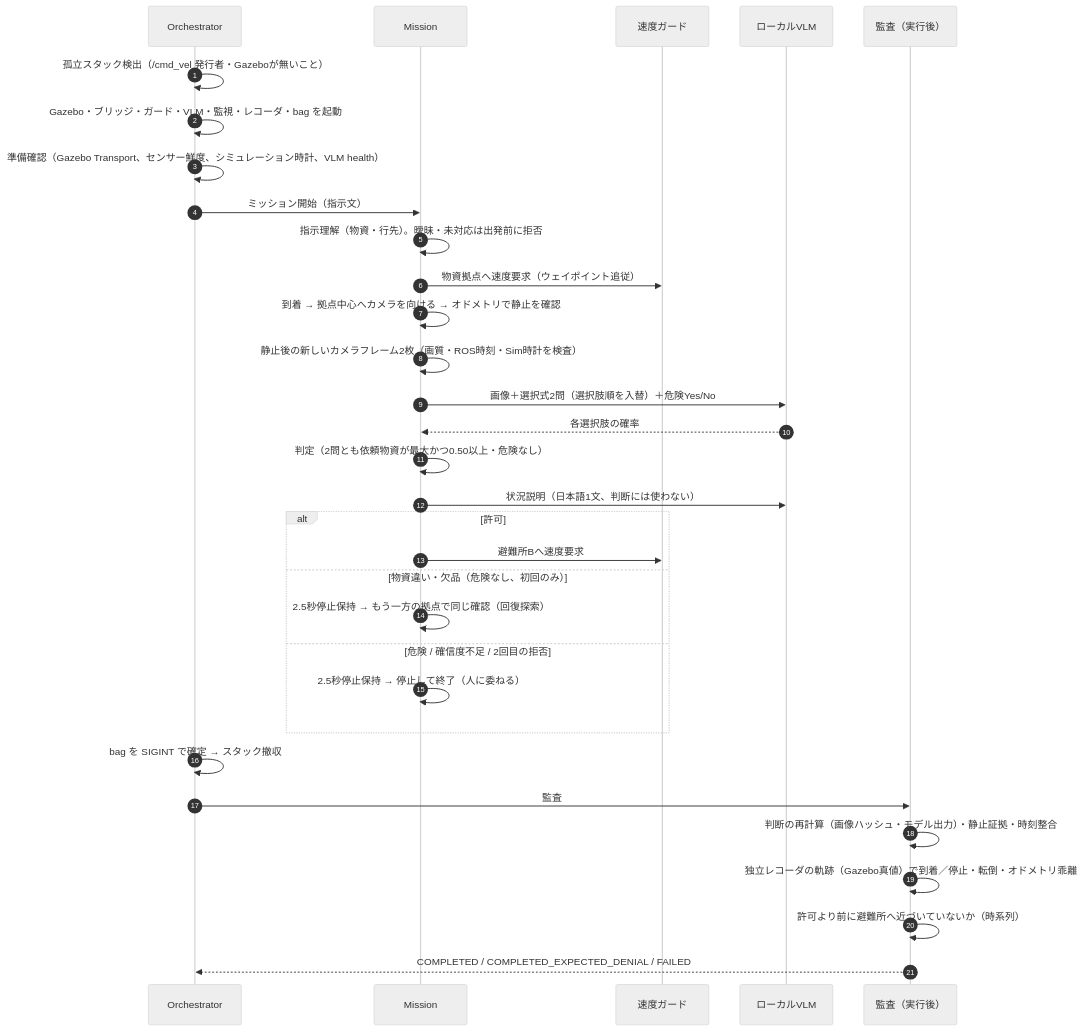
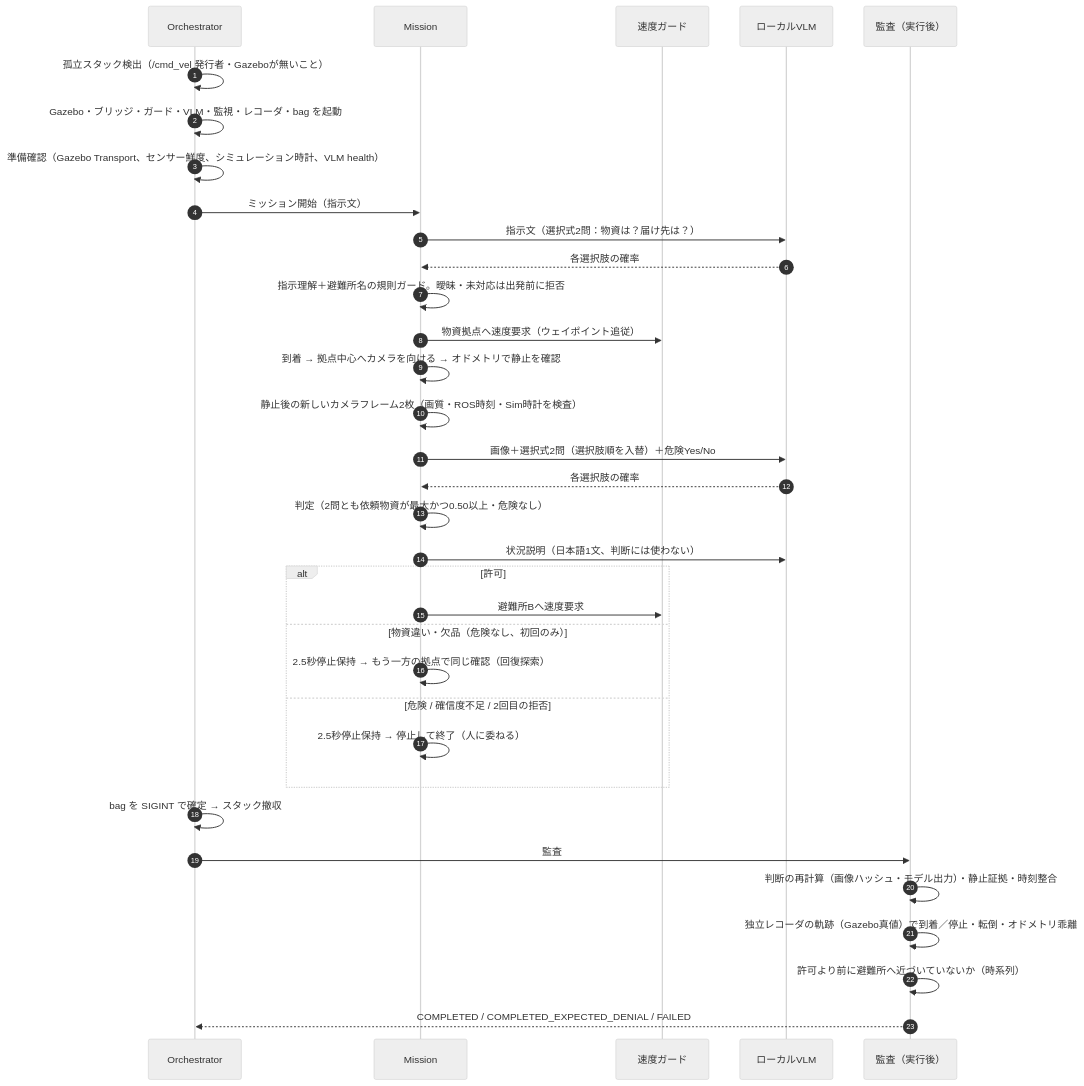
Before and after one commit to fe2131-art/rescue-mind: the second of 4 diagrams in docs/ARCHITECTURE.md, drawn with Mermaid (neutral theme). The commit also changed other lines of this file and 1 other file, not shown here.

Commit message:
docs: submission checklist; architecture diagram mentions Qwen3.5-9B and LLM intent step

````diff
--- a/docs/ARCHITECTURE.md
+++ b/docs/ARCHITECTURE.md
@@ -41,34 +41,36 @@
 ```mermaid
 sequenceDiagram
   autonumber
   participant O as Orchestrator
   participant M as Mission
   participant G as 速度ガード
   participant V as ローカルVLM
   participant A as 監査（実行後）
   O->>O: 孤立スタック検出（/cmd_vel 発行者・Gazeboが無いこと）
   O->>O: Gazebo・ブリッジ・ガード・VLM・監視・レコーダ・bag を起動
   O->>O: 準備確認（Gazebo Transport、センサー鮮度、シミュレーション時計、VLM health）
   O->>M: ミッション開始（指示文）
-  M->>M: 指示理解（物資・行先）。曖昧・未対応は出発前に拒否
+  M->>V: 指示文（選択式2問：物資は？届け先は？）
+  V-->>M: 各選択肢の確率
+  M->>M: 指示理解＋避難所名の規則ガード。曖昧・未対応は出発前に拒否
   M->>G: 物資拠点へ速度要求（ウェイポイント追従）
   M->>M: 到着 → 拠点中心へカメラを向ける → オドメトリで静止を確認
   M->>M: 静止後の新しいカメラフレーム2枚（画質・ROS時刻・Sim時計を検査）
   M->>V: 画像＋選択式2問（選択肢順を入替）＋危険Yes/No
   V-->>M: 各選択肢の確率
   M->>M: 判定（2問とも依頼物資が最大かつ0.50以上・危険なし）
   M->>V: 状況説明（日本語1文、判断には使わない）
   alt 許可
     M->>G: 避難所Bへ速度要求
   else 物資違い・欠品（危険なし、初回のみ）
     M->>M: 2.5秒停止保持 → もう一方の拠点で同じ確認（回復探索）
   else 危険 / 確信度不足 / 2回目の拒否
     M->>M: 2.5秒停止保持 → 停止して終了（人に委ねる）
   end
   O->>O: bag を SIGINT で確定 → スタック撤収
   O->>A: 監査
   A->>A: 判断の再計算（画像ハッシュ・モデル出力）・静止証拠・時刻整合
   A->>A: 独立レコーダの軌跡（Gazebo真値）で到着／停止・転倒・オドメトリ乖離
   A->>A: 許可より前に避難所へ近づいていないか（時系列）
   A-->>O: COMPLETED / COMPLETED_EXPECTED_DENIAL / FAILED
 ```
````
